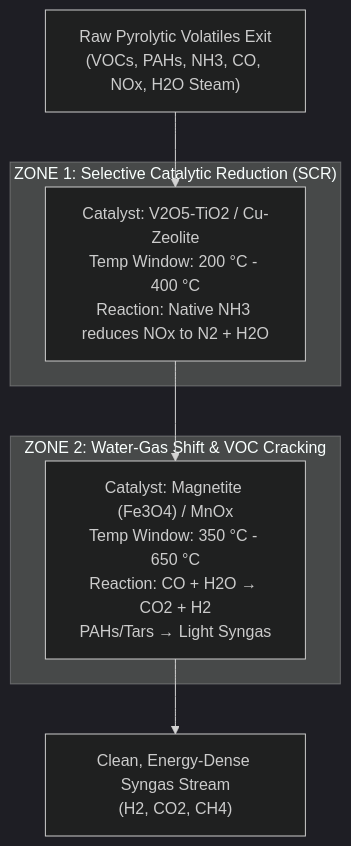
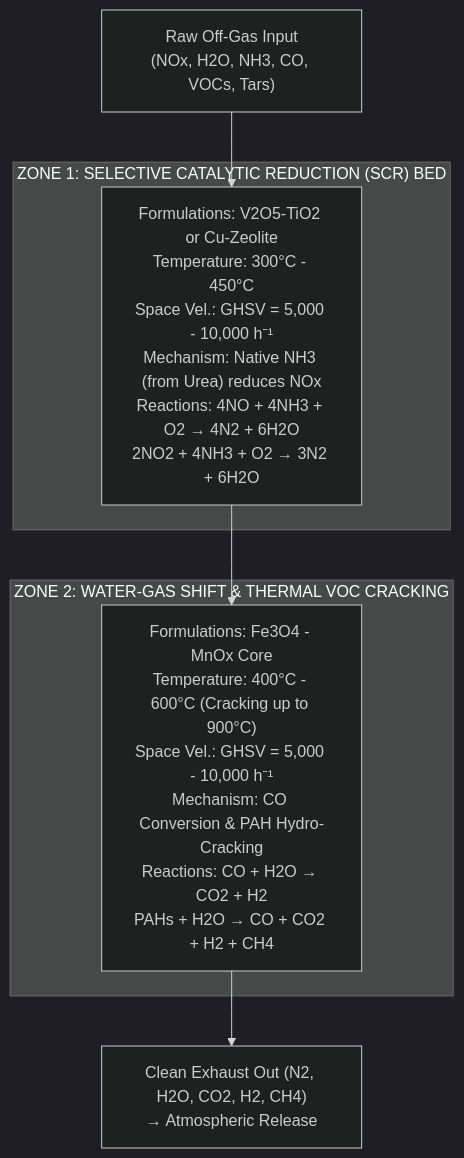
One commit to PubInv/Biochar-Toilet changed the third of 3 diagrams in paper/paper.md. Above: the diagram before and after it, drawn with Mermaid (dark theme). The commit also changed other lines of this file and 1 other file, not shown here.

First line of the commit message:
Update paper with full thermodynamic and system architecture analysis

````diff
--- a/paper/paper.md
+++ b/paper/paper.md
@@ -187,12 +260,12 @@
 ```mermaid
 flowchart TD
-    A["Raw Pyrolytic Volatiles Exit<br/>(VOCs, PAHs, NH3, CO, NOx, H2O Steam)"] --> B
-    subgraph Zone1["ZONE 1: Selective Catalytic Reduction (SCR)"]
-        B["Catalyst: V2O5-TiO2 / Cu-Zeolite<br/>Temp Window: 200 °C - 400 °C<br/>Reaction: Native NH3 reduces NOx to N2 + H2O"]
+    A["Raw Off-Gas Input<br/>(NOx, H2O, NH3, CO, VOCs, Tars)"] --> B
+    subgraph Zone1["ZONE 1: SELECTIVE CATALYTIC REDUCTION (SCR) BED"]
+        B["Formulations: V2O5-TiO2 or Cu-Zeolite<br/>Temperature: 300°C - 450°C<br/>Space Vel.: GHSV = 5,000 - 10,000 h⁻¹<br/>Mechanism: Native NH3 (from Urea) reduces NOx<br/>Reactions: 4NO + 4NH3 + O2 → 4N2 + 6H2O<br/>2NO2 + 4NH3 + O2 → 3N2 + 6H2O"]
     end
     B --> C
-    subgraph Zone2["ZONE 2: Water-Gas Shift & VOC Cracking"]
-        C["Catalyst: Magnetite (Fe3O4) / MnOx<br/>Temp Window: 350 °C - 650 °C<br/>Reaction: CO + H2O → CO2 + H2<br/>PAHs/Tars → Light Syngas"]
+    subgraph Zone2["ZONE 2: WATER-GAS SHIFT & THERMAL VOC CRACKING"]
+        C["Formulations: Fe3O4 - MnOx Core<br/>Temperature: 400°C - 600°C (Cracking up to 900°C)<br/>Space Vel.: GHSV = 5,000 - 10,000 h⁻¹<br/>Mechanism: CO Conversion & PAH Hydro-Cracking<br/>Reactions: CO + H2O → CO2 + H2<br/>PAHs + H2O → CO + CO2 + H2 + CH4"]
     end
-    C --> D["Clean, Energy-Dense Syngas Stream<br/>(H2, CO2, CH4)"]
+    C --> D["Clean Exhaust Out (N2, H2O, CO2, H2, CH4)<br/>→ Atmospheric Release"]
 ```
````
